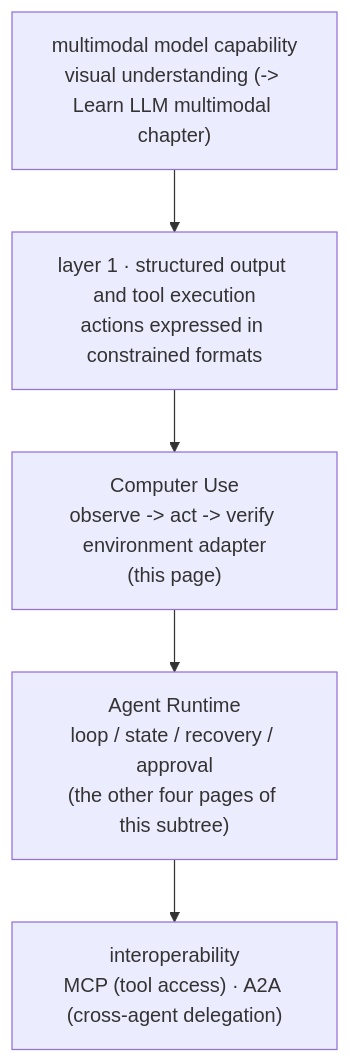
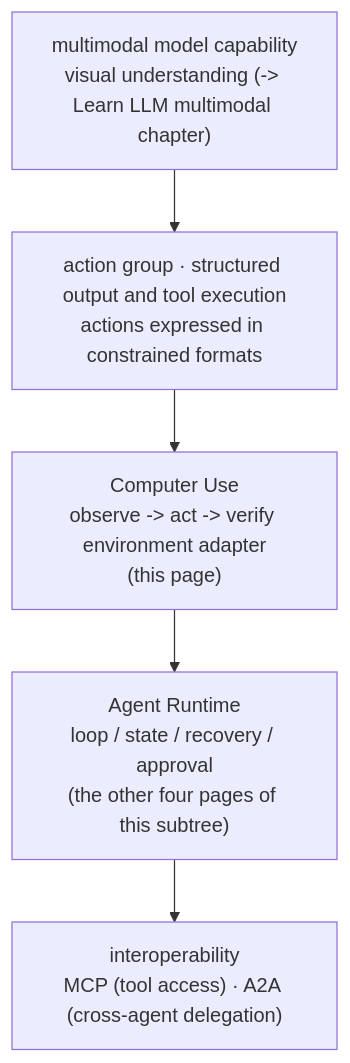
Before and after one commit to zenHeart/learn-ai: the diagram in docs/tech/06-agent-systems/computer-use.md, drawn with Mermaid. The commit also changed other lines of this file and 67 other files, not shown here.

````diff
--- a/docs/tech/06-agent-systems/computer-use.md
+++ b/docs/tech/06-agent-systems/computer-use.md
@@ -30,7 +30,7 @@
 ```mermaid
 flowchart TB
-    M["multimodal model capability<br/>visual understanding (-> Learn LLM multimodal chapter)"] --> S["layer 1 · structured output and tool execution<br/>actions expressed in constrained formats"]
+    M["multimodal model capability<br/>visual understanding (-> Learn LLM multimodal chapter)"] --> S["action group · structured output and tool execution<br/>actions expressed in constrained formats"]
     S --> C["Computer Use<br/>observe -> act -> verify environment adapter<br/>(this page)"]
     C --> R["Agent Runtime<br/>loop / state / recovery / approval<br/>(the other four pages of this subtree)"]
     R --> I["interoperability<br/>MCP (tool access) · A2A (cross-agent delegation)"]
 ```
````
